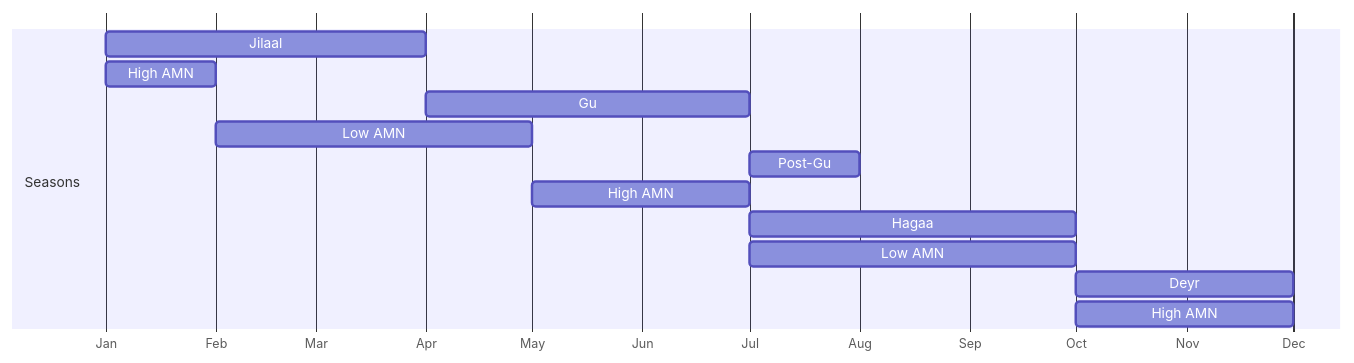
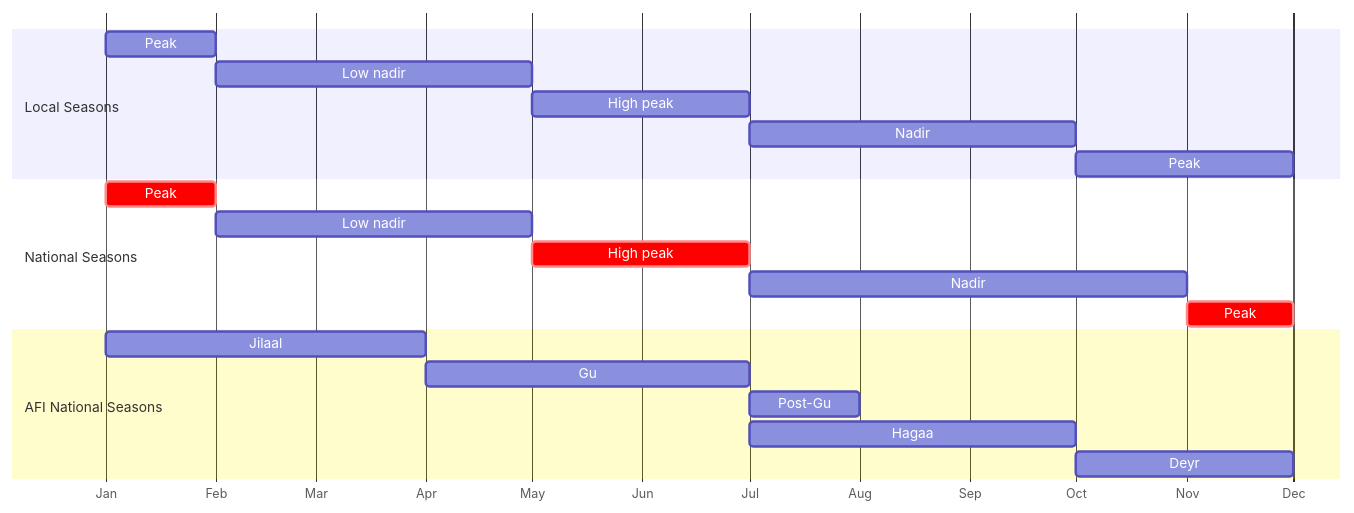
Before and after one commit to nutimes/som-sam-admit: the seventh of 10 diagrams in report.qmd, drawn with Mermaid. The commit also changed other lines of this file, not shown here.

````diff
--- a/report.qmd
+++ b/report.qmd
@@ -679,20 +679,27 @@
 ```{mermaid}
 %%| label: fig-afi-amn-calendar-pastoral
-%%| fig-cap: AFI seasonal calendar vs AMN seasonal calendar
+%%| fig-cap: AMN seasonal calendar *versus* AFI seasonal calendar
 
 gantt
     dateFormat M
     axisFormat %b
     todayMarker off
-    section Seasons
+    section Local Seasons
+    Peak :amn1, 1, 2
+    Low nadir :amn2, 2, 5
+    High peak :amn3, 5, 7
+    Nadir :amn4, 7, 10
+    Peak : amn5, 10, 12
+    section National Seasons
+    Peak :crit, ntl1, 1, 2
+    Low nadir :ntl2, 2, 5
+    High peak :crit, ntl3, 5, 7
+    Nadir :ntl4, 7, 11
+    Peak :crit, ntl5, 11, 12
+    section AFI National Seasons
     Jilaal :afi1, 1, 4
-    High AMN :amn1, 1, 2
     Gu     :afi2, 4, 7
-    Low AMN :amn2, 2, 5
     Post-Gu:afi3, 7, 8
-    High AMN :amn3, 5, 7
     Hagaa  :afi4, 7, 10
-    Low AMN :amn4, 7, 10
     Deyr   :afi5, 10, 12
-    High AMN : amn5, 10, 12
 ```
````
